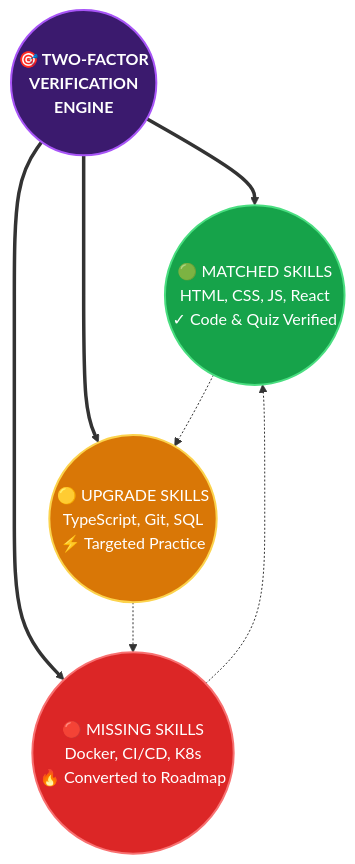
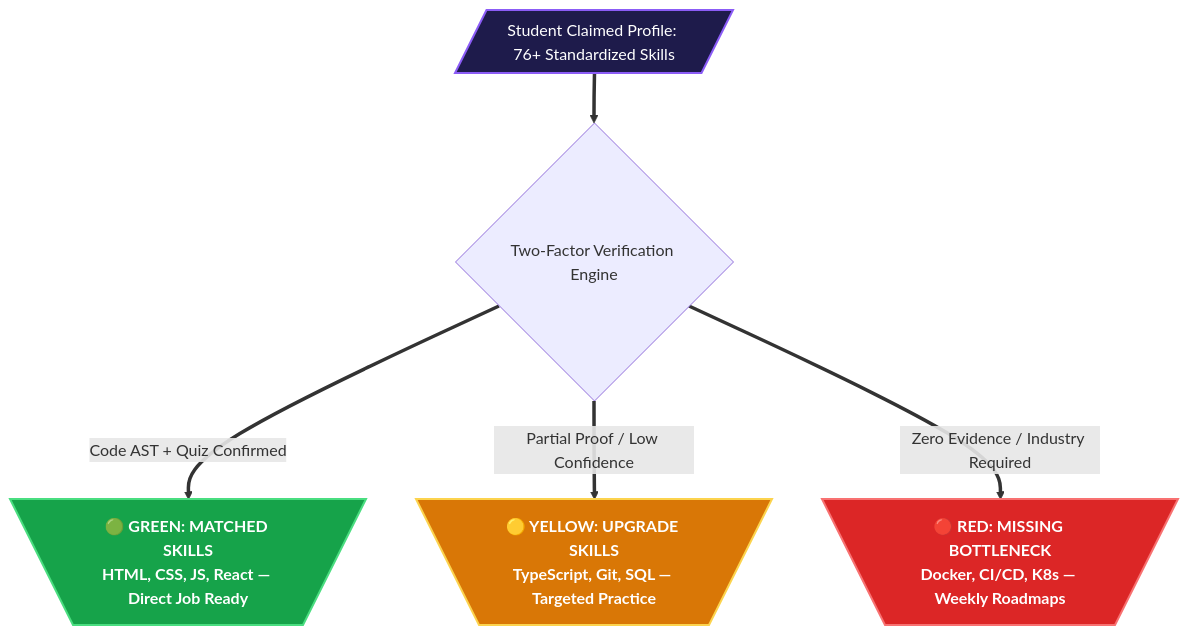
One commit to parthpatil1234p-svg/disheera changed the second of 6 diagrams in HACK2IGNITE_2026_IDEA_PPT_SUBMISSION.md. Above: the diagram before and after it, drawn with Mermaid. The commit also changed other lines of this file and 4 other files, not shown here.

````diff
--- a/HACK2IGNITE_2026_IDEA_PPT_SUBMISSION.md
+++ b/HACK2IGNITE_2026_IDEA_PPT_SUBMISSION.md
@@ -166,17 +137,14 @@
 ```mermaid
 flowchart TD
-    classDef input fill:#3B1A6E,stroke:#A855F7,stroke-width:2px,color:#FFFFFF,font-weight:bold;
-    classDef matched fill:#16A34A,stroke:#4ADE80,stroke-width:2px,color:#FFFFFF;
-    classDef upgrade fill:#D97706,stroke:#FCD34D,stroke-width:2px,color:#FFFFFF;
-    classDef missing fill:#DC2626,stroke:#F87171,stroke-width:2px,color:#FFFFFF;
+    classDef input fill:#1E1B4B,stroke:#8B5CF6,stroke-width:2px,color:#FFFFFF;
+    classDef ready fill:#16A34A,stroke:#4ADE80,stroke-width:2px,color:#FFFFFF,font-weight:bold;
+    classDef upgrade fill:#D97706,stroke:#FCD34D,stroke-width:2px,color:#FFFFFF,font-weight:bold;
+    classDef missing fill:#DC2626,stroke:#F87171,stroke-width:2px,color:#FFFFFF,font-weight:bold;
 
-    CENTER((🎯 TWO-FACTOR<br/>VERIFICATION<br/>ENGINE)):::input
-    G1((🟢 MATCHED SKILLS<br/>HTML, CSS, JS, React<br/>✓ Code & Quiz Verified)):::matched
-    G2((🟡 UPGRADE SKILLS<br/>TypeScript, Git, SQL<br/>⚡ Targeted Practice)):::upgrade
-    G3((🔴 MISSING SKILLS<br/>Docker, CI/CD, K8s<br/>🔥 Converted to Roadmap)):::missing
+    RAW[/Student Claimed Profile: 76+ Standardized Skills/]:::input
+    RAW ==> ENGINE{Two-Factor Verification Engine}
 
-    CENTER ==> G1
-    CENTER ==> G2
-    CENTER ==> G3
-    G1 -.-> G2 -.-> G3 -.-> G1
+    ENGINE ==>|Code AST + Quiz Confirmed| GREEN[\🟢 GREEN: MATCHED SKILLS<br/>HTML, CSS, JS, React — Direct Job Ready/]:::ready
+    ENGINE ==>|Partial Proof / Low Confidence| YELLOW[\🟡 YELLOW: UPGRADE SKILLS<br/>TypeScript, Git, SQL — Targeted Practice/]:::upgrade
+    ENGINE ==>|Zero Evidence / Industry Required| RED[\🔴 RED: MISSING BOTTLENECK<br/>Docker, CI/CD, K8s — Weekly Roadmaps/]:::missing
 ```
````
